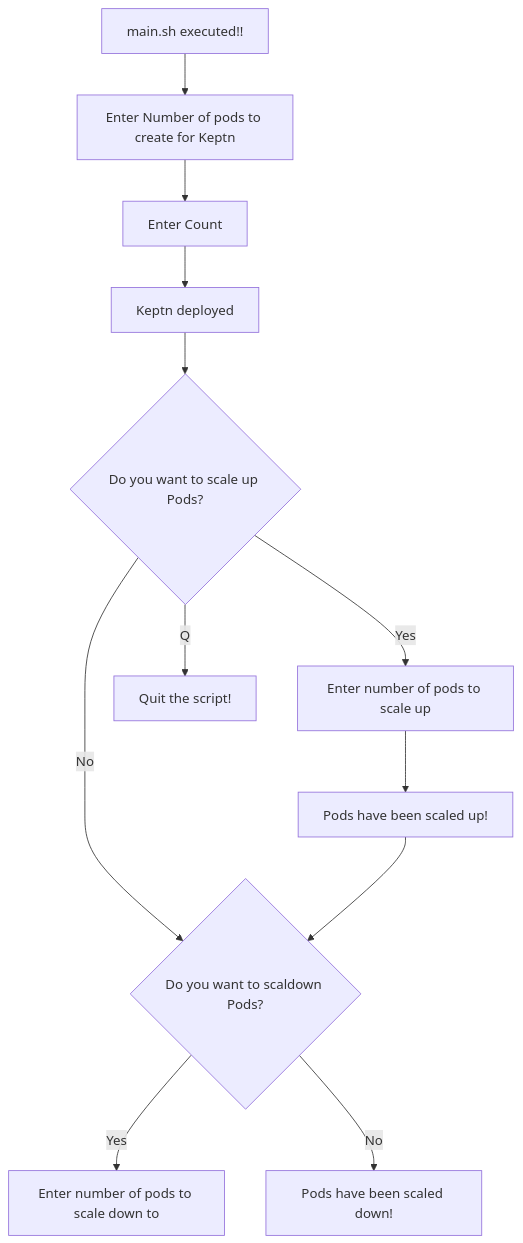
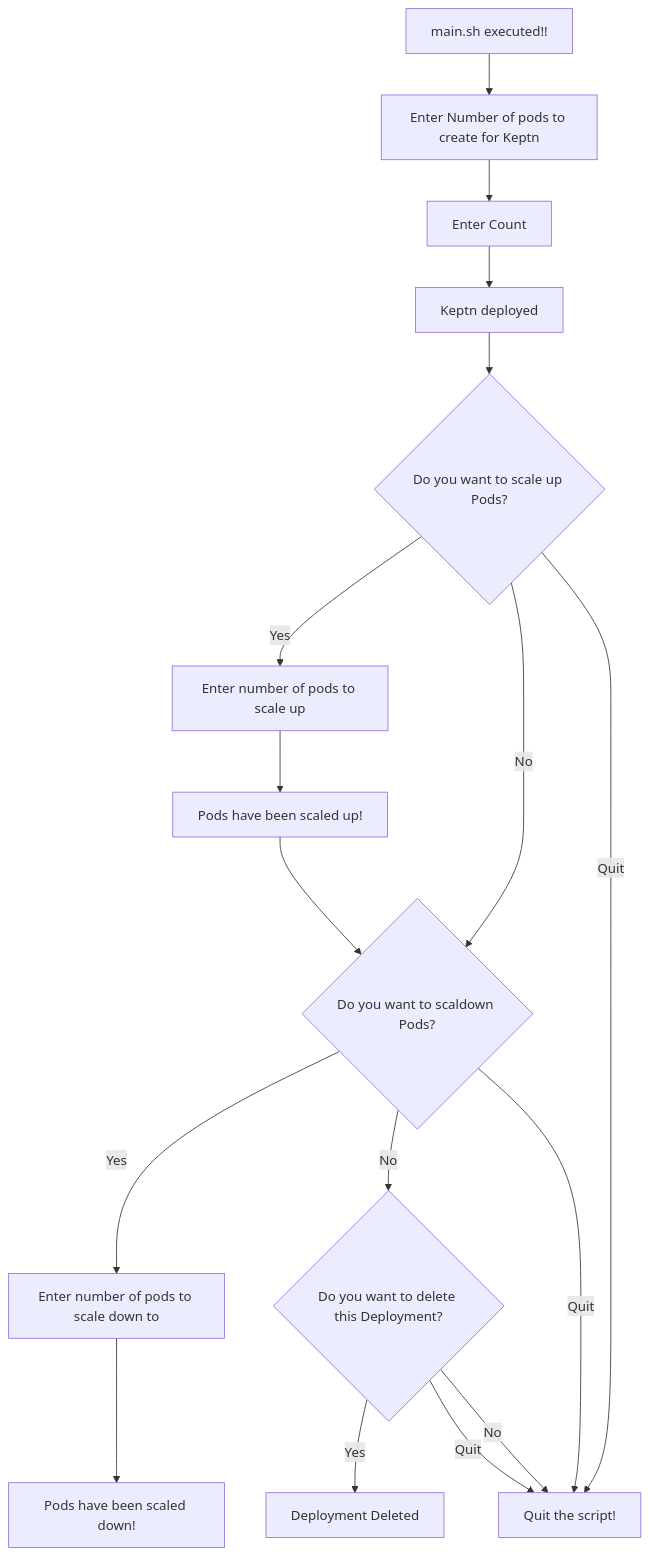
Before and after one commit to NashTech-Labs/Deploy-Keptn-using-K8s: the diagram in README.md, drawn with Mermaid.

Commit message:
Updated Template

````diff
--- a/README.md
+++ b/README.md
@@ -38,17 +38,20 @@
 ```mermaid
 flowchart TD
     A[main.sh executed!!];
     A --> B[Enter Number of pods to create for Keptn];
     B --> C[Enter Count];
     C --> D[Keptn deployed];
     D --> E{Do you want to scale up Pods?};
     E -- Yes --> F[Enter number of pods to scale up];
     F --> G[Pods have been scaled up!]
     E -- No --> H{Do you want to scaldown Pods?};
-    E -- Q --> Z[Quit the script!];
+    E -- Quit --> Z[Quit the script!];
     G --> H{Do you want to scaldown Pods?};
     H -- Yes --> I[Enter number of pods to scale down to];
-    H -- No --> J[Pods have been scaled down!];
-
-
+    I --> J[Pods have been scaled down!];
+    H -- Quit --> Z[Quit the script!];
+    H -- No --> K{Do you want to delete this Deployment?};
+    K -- Yes --> L[Deployment Deleted];
+    K -- No --> Z[Quit the script!];
+    K -- Quit --> Z[Quit the script!];
 ```
````
